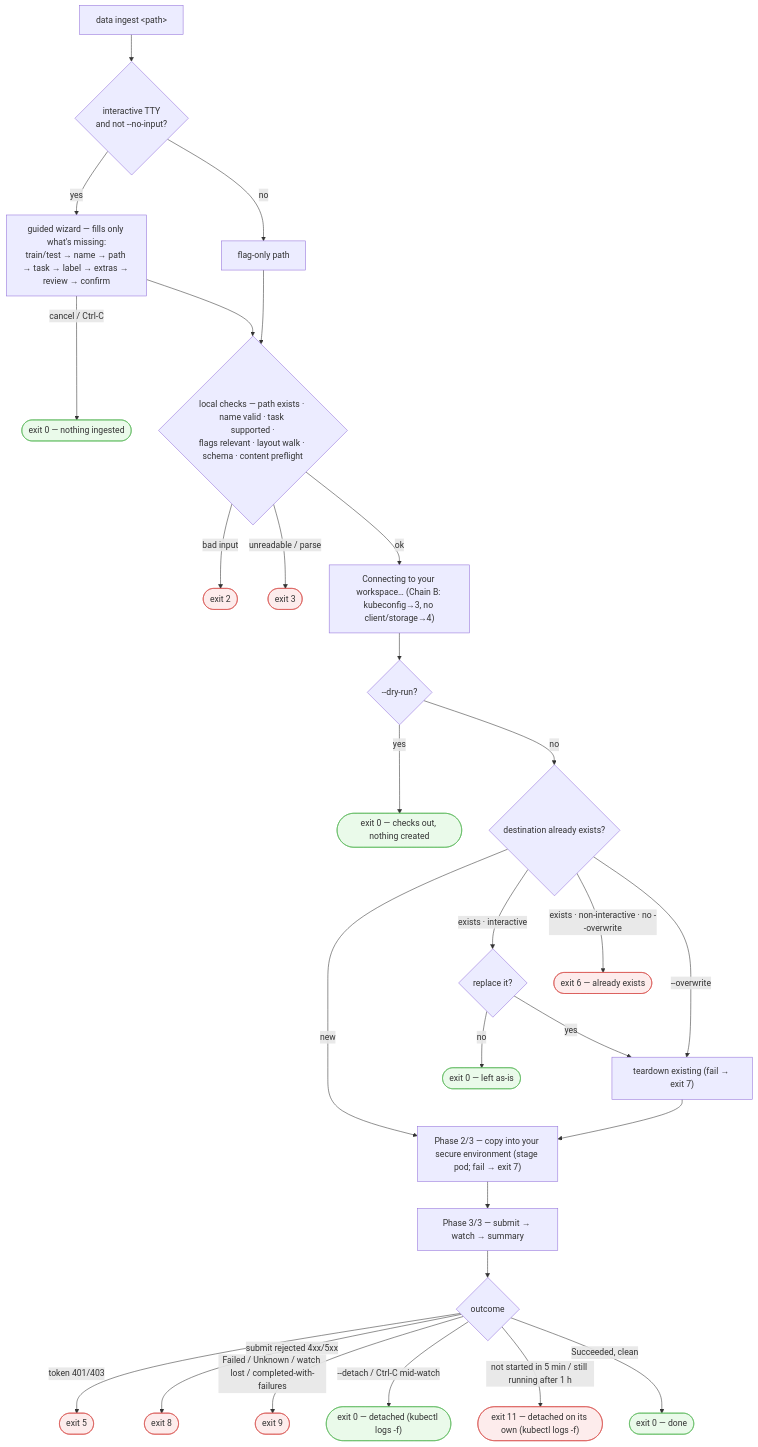
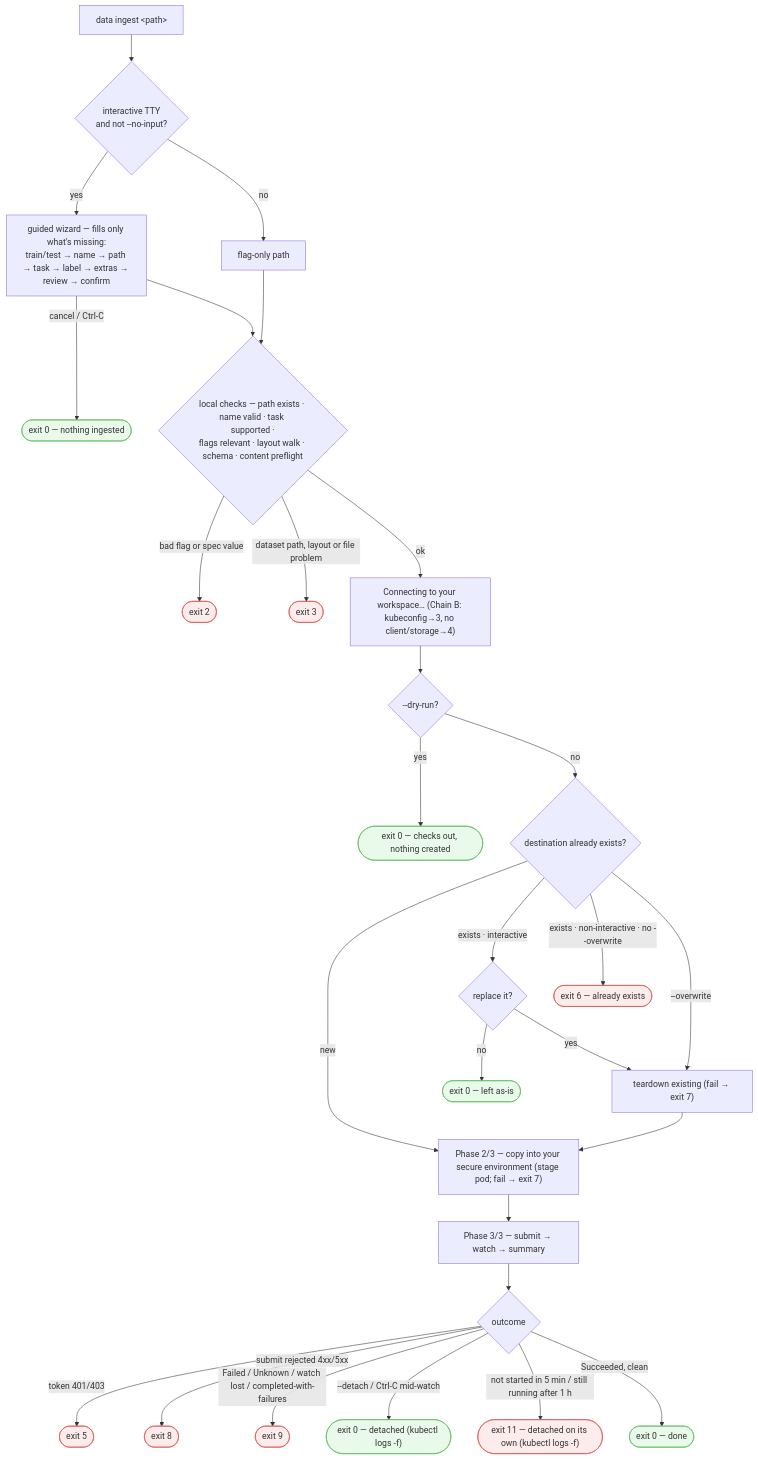
Before and after one commit to tracebloc/cli: the third of 4 diagrams in docs/cli-navigation.md, drawn with Mermaid. The commit also changed 3 other files, not shown here.

````diff
--- a/docs/cli-navigation.md
+++ b/docs/cli-navigation.md
@@ -84,37 +84,37 @@
 ```mermaid
 flowchart TD
   di["data ingest &lt;path&gt;"] --> wiz{"interactive TTY<br/>and not --no-input?"}
   wiz -->|yes| W["guided wizard — fills only what's missing:<br/>train/test → name → path → task → label → extras → review → confirm"]
   wiz -->|no| FLAGS["flag-only path"]
   W -->|"cancel / Ctrl-C"| cwiz(["exit 0 — nothing ingested"]):::ok
   W --> LOCAL
   FLAGS --> LOCAL
 
   LOCAL{"local checks — path exists · name valid · task supported ·<br/>flags relevant · layout walk · schema · content preflight"}
-  LOCAL -->|"bad input"| e2(["exit 2"]):::fail
-  LOCAL -->|"unreadable / parse"| e3(["exit 3"]):::fail
+  LOCAL -->|"bad flag or spec value"| e2(["exit 2"]):::fail
+  LOCAL -->|"dataset path, layout or file problem"| e3(["exit 3"]):::fail
   LOCAL -->|ok| CONN["Connecting to your workspace… (Chain B: kubeconfig→3, no client/storage→4)"]
 
   CONN --> DRY{"--dry-run?"}
   DRY -->|yes| e0dry(["exit 0 — checks out, nothing created"]):::ok
   DRY -->|no| DEST{"destination already exists?"}
   DEST -->|"new"| STAGE
   DEST -->|"exists · interactive"| REPL{"replace it?"}
   REPL -->|no| e0a(["exit 0 — left as-is"]):::ok
   REPL -->|yes| TD
   DEST -->|"exists · non-interactive · no --overwrite"| e6(["exit 6 — already exists"]):::fail
   DEST -->|"--overwrite"| TD["teardown existing (fail → exit 7)"]
   TD --> STAGE
 
   STAGE["Phase 2/3 — copy into your secure environment (stage pod; fail → exit 7)"] --> SUB["Phase 3/3 — submit → watch → summary"]
   SUB --> OUT{"outcome"}
   OUT -->|"token 401/403"| e5(["exit 5"]):::fail
   OUT -->|"submit rejected 4xx/5xx"| e8(["exit 8"]):::fail
   OUT -->|"Failed / Unknown / watch lost / completed-with-failures"| e9(["exit 9"]):::fail
   OUT -->|"--detach / Ctrl-C mid-watch"| e0d(["exit 0 — detached (kubectl logs -f)"]):::ok
   OUT -->|"not started in 5 min / still running after 1 h"| e11(["exit 11 — detached on its own (kubectl logs -f)"]):::fail
   OUT -->|"Succeeded, clean"| e0s(["exit 0 — done"]):::ok
 
   classDef fail fill:#fdecec,stroke:#d9534f;
   classDef ok fill:#eafaea,stroke:#5cb85c;
 ```
````
